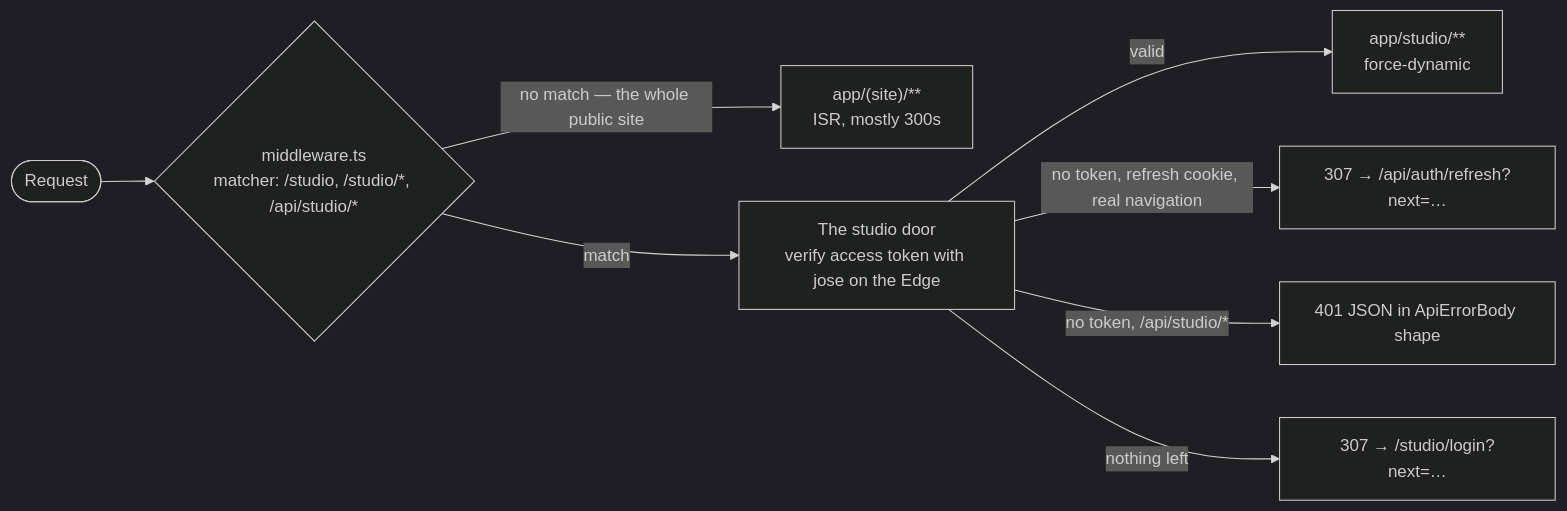
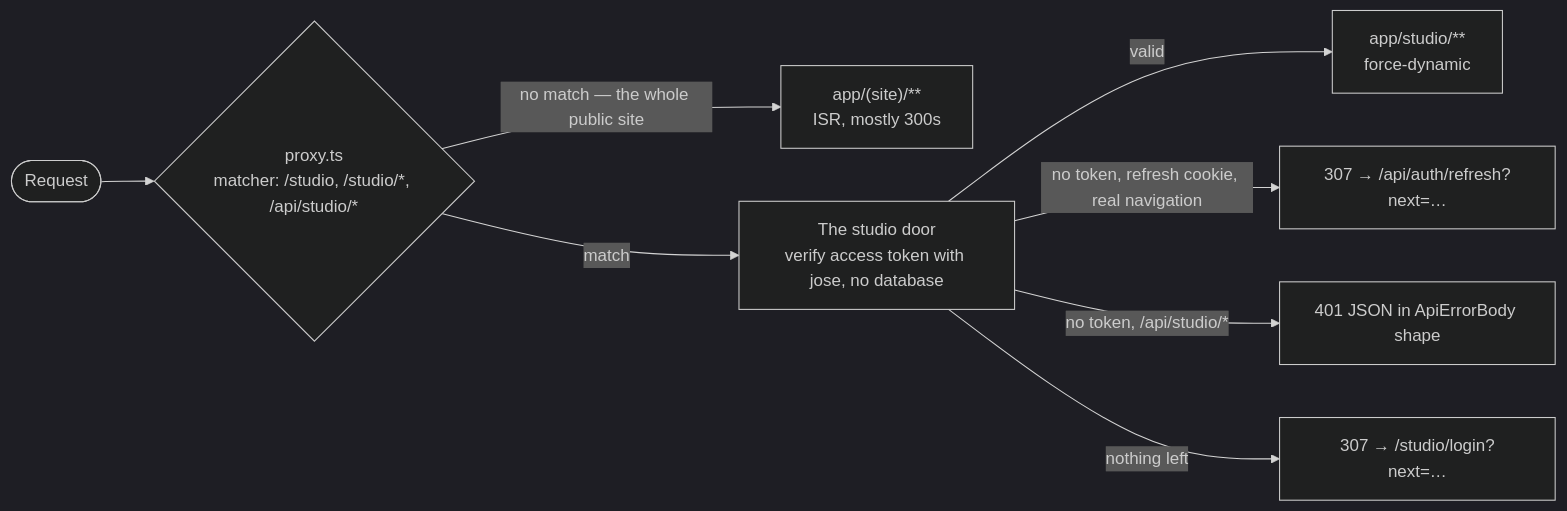
The third of 16 diagrams in docs/ARCHITECTURE.md (cxacraftecosystem-ui/cxa-cms), drawn with Mermaid (dark theme) before and after one commit. The commit also changed other lines of this file and 111 other files, not shown here.

````diff
--- a/docs/ARCHITECTURE.md
+++ b/docs/ARCHITECTURE.md
@@ -120,10 +120,10 @@
 ```mermaid
 flowchart LR
-    req(["Request"]) --> mw{"middleware.ts<br/>matcher: /studio, /studio/*, /api/studio/*"}
+    req(["Request"]) --> mw{"proxy.ts<br/>matcher: /studio, /studio/*, /api/studio/*"}
     mw -->|"no match — the whole public site"| site["app/(site)/**<br/>ISR, mostly 300s"]
-    mw -->|"match"| door["The studio door<br/>verify access token with jose on the Edge"]
+    mw -->|"match"| door["The studio door<br/>verify access token with jose, no database"]
     door -->|"valid"| studio["app/studio/**<br/>force-dynamic"]
     door -->|"no token, refresh cookie, real navigation"| refresh["307 → /api/auth/refresh?next=…"]
     door -->|"no token, /api/studio/*"| json401["401 JSON in ApiErrorBody shape"]
     door -->|"nothing left"| login["307 → /studio/login?next=…"]
 ```
````
